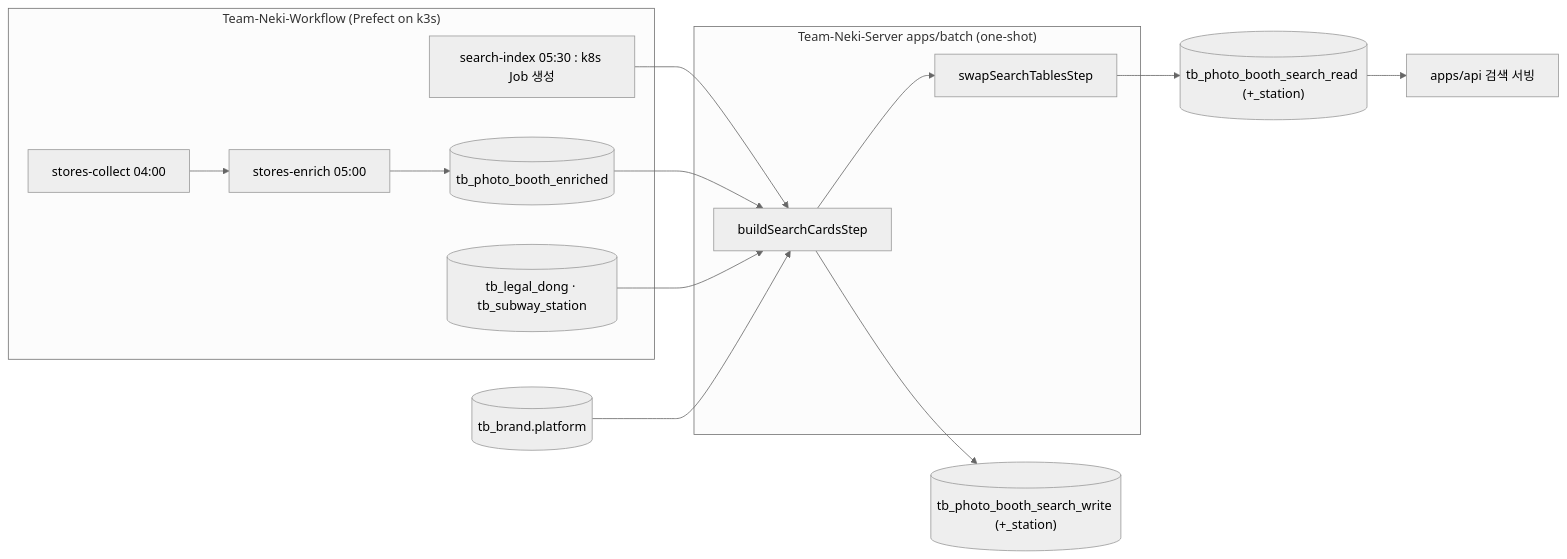
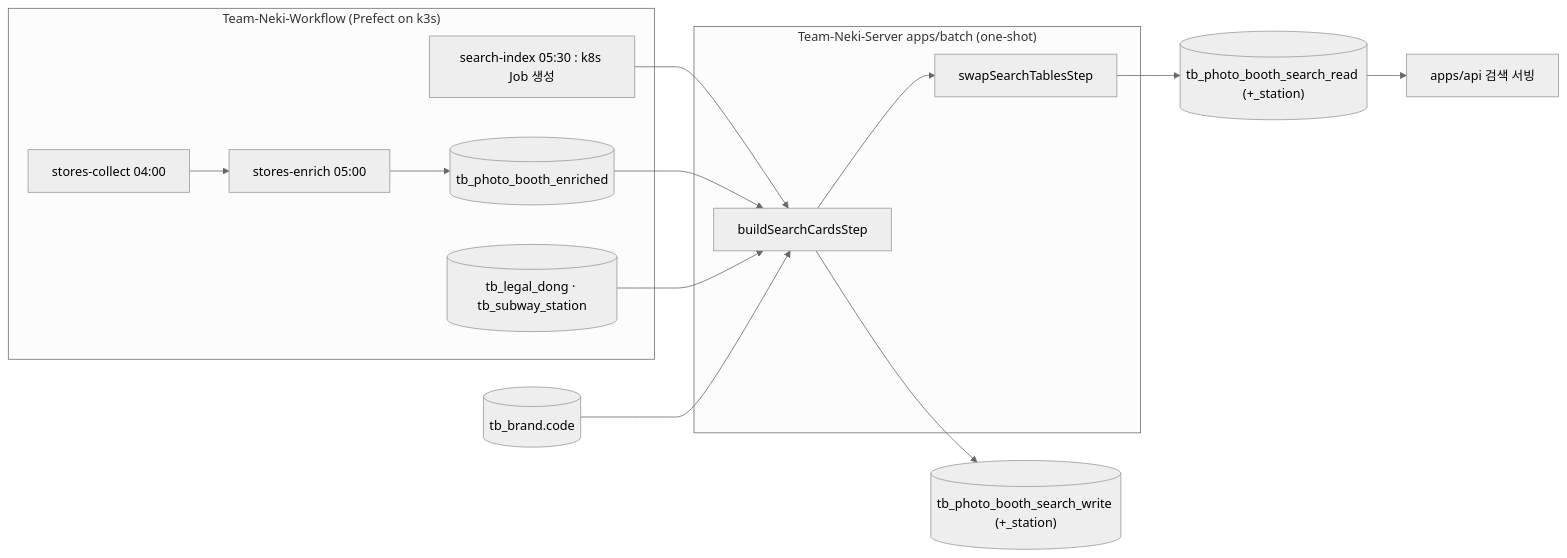
One commit to Team-Neki/Team-Neki-Server changed the diagram in docs/hld/2026-10-04-search-indexing-hld.md. Above: the diagram before and after it, drawn with Mermaid (neutral theme). The commit also changed other lines of this file and 1 other file, not shown here.

Commit message:
docs: HLD·oracle 에 남은 tb_brand.platform 을 code 기준으로 고친다 (BACKEND-244)

````diff
--- a/docs/hld/2026-10-04-search-indexing-hld.md
+++ b/docs/hld/2026-10-04-search-indexing-hld.md
@@ -77,20 +77,20 @@
 ```mermaid
 flowchart LR
     subgraph Workflow["Team-Neki-Workflow (Prefect on k3s)"]
         Collect["stores-collect 04:00"] --> Enrich["stores-enrich 05:00"]
         Enrich --> Enriched[("tb_photo_booth_enriched")]
         Masters[("tb_legal_dong · tb_subway_station")]
         Trigger["search-index 05:30 : k8s Job 생성"]
     end
     subgraph Batch["Team-Neki-Server apps/batch (one-shot)"]
         Build["buildSearchCardsStep"] --> Swap["swapSearchTablesStep"]
     end
-    Brand[("tb_brand.platform")]
+    Brand[("tb_brand.code")]
     Trigger --> Build
     Enriched --> Build
     Masters --> Build
     Brand --> Build
     Build --> Write[("tb_photo_booth_search_write (+_station)")]
     Swap --> Read[("tb_photo_booth_search_read (+_station)")]
     Read --> API["apps/api 검색 서빙"]
 ```
````
